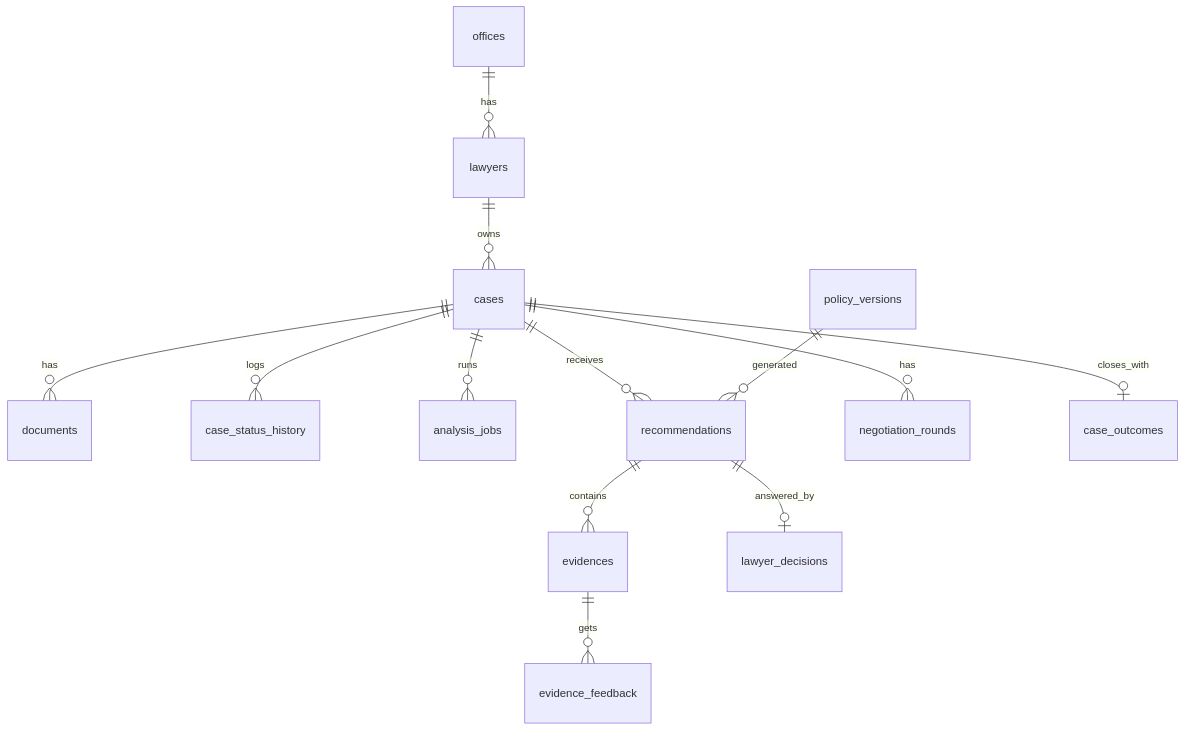
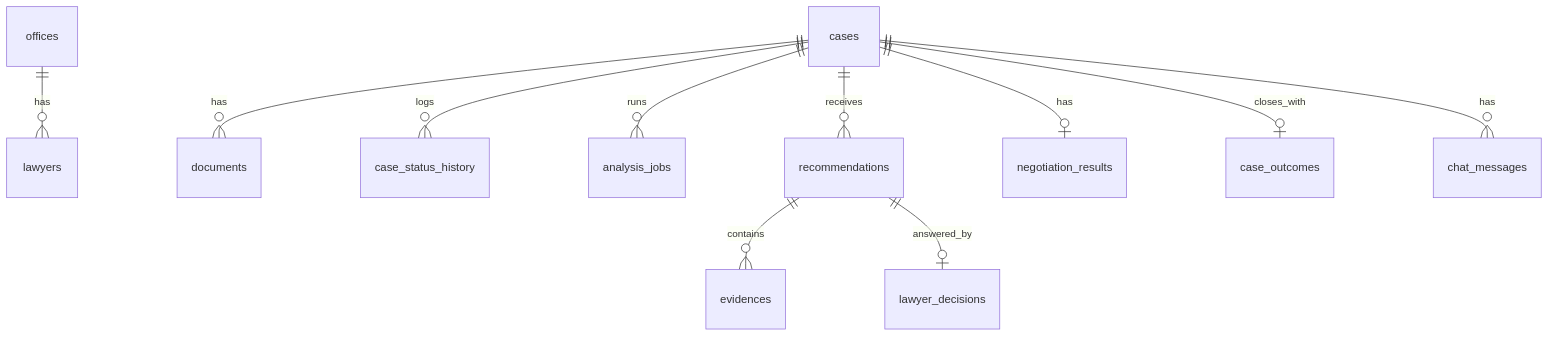
Before and after one commit to sll-bruno/hackathon-unicamp-2026: the third of 4 diagrams in docs/ARCHITECTURE.md, drawn with Mermaid. The commit also changed other lines of this file and 44 other files, not shown here.

````diff
--- a/docs/ARCHITECTURE.md
+++ b/docs/ARCHITECTURE.md
@@ -207,15 +181,13 @@
 ```mermaid
 erDiagram
   offices ||--o{ lawyers : has
-  lawyers ||--o{ cases : owns
   cases ||--o{ documents : has
   cases ||--o{ case_status_history : logs
   cases ||--o{ analysis_jobs : runs
   cases ||--o{ recommendations : receives
   recommendations ||--o{ evidences : contains
-  evidences ||--o{ evidence_feedback : gets
   recommendations ||--o| lawyer_decisions : answered_by
-  cases ||--o{ negotiation_rounds : has
+  cases ||--o| negotiation_results : has
   cases ||--o| case_outcomes : closes_with
-  policy_versions ||--o{ recommendations : generated
+  cases ||--o{ chat_messages : has
 ```
````
